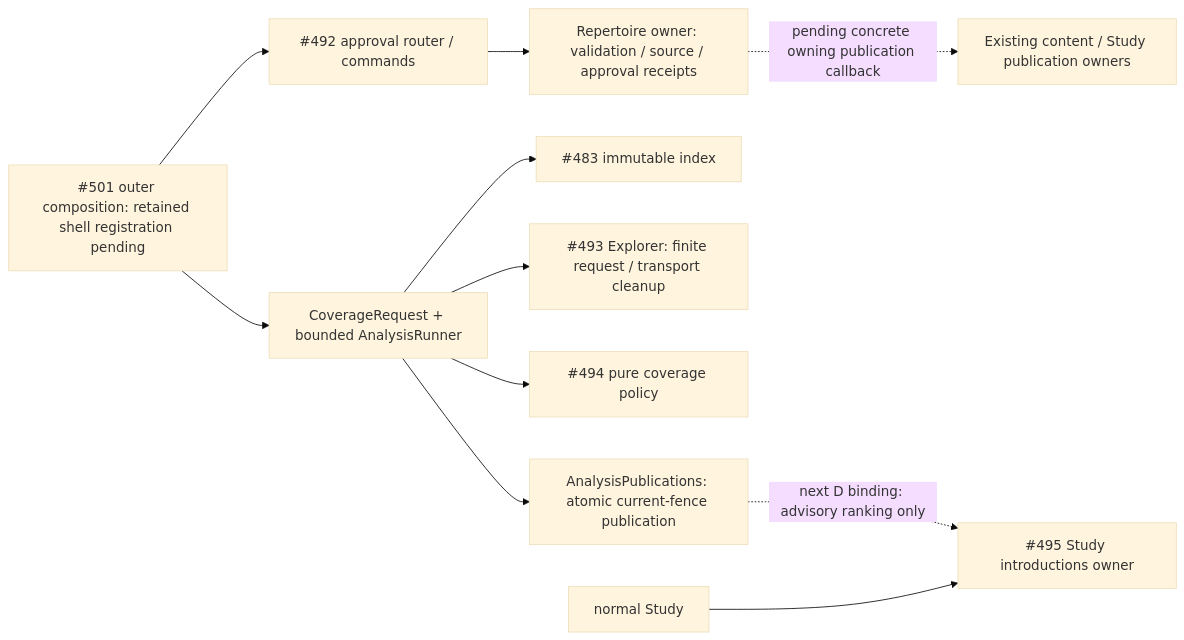
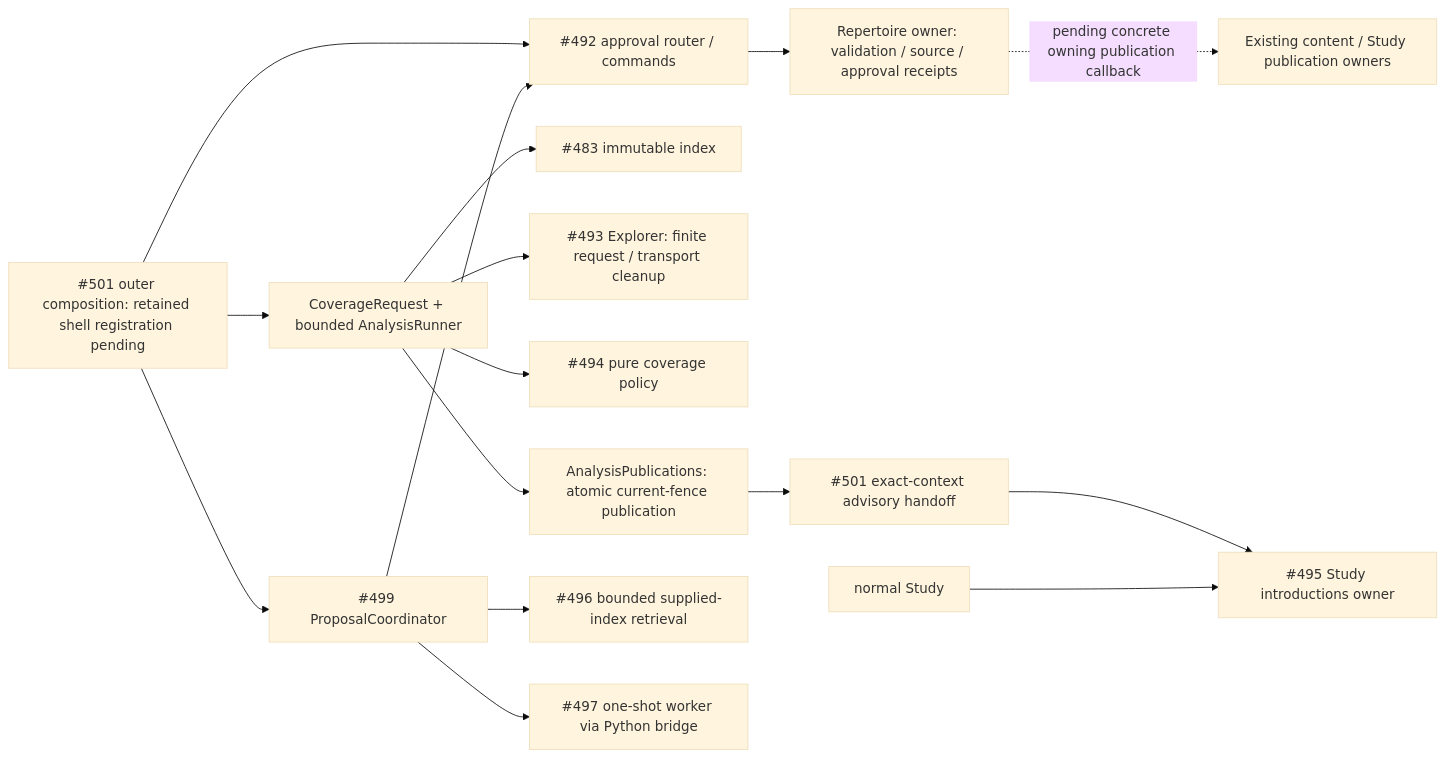
One commit to aaweaver-actuary/tempo changed the diagram in backend/app/analysis/jobs/README.md. Above: the diagram before and after it, drawn with Mermaid (base theme). The commit also changed other lines of this file and 6 other files, not shown here.

````diff
--- a/backend/app/analysis/jobs/README.md
+++ b/backend/app/analysis/jobs/README.md
@@ -64,13 +72,18 @@
 ```mermaid
 flowchart LR
   Root["#501 outer composition: retained shell registration pending"] --> C["#492 approval router / commands"]
   C --> Repertoire["Repertoire owner: validation / source / approval receipts"]
   Root --> Work["CoverageRequest + bounded AnalysisRunner"]
   Work --> Index["#483 immutable index"]
   Work --> Explorer["#493 Explorer: finite request / transport cleanup"]
   Work --> Ranking["#494 pure coverage policy"]
   Work --> Store["AnalysisPublications: atomic current-fence publication"]
-  Store -. "next D binding: advisory ranking only" .-> Intro["#495 Study introductions owner"]
+  Store --> Acceptance["#501 exact-context advisory handoff"]
+  Acceptance --> Intro["#495 Study introductions owner"]
   Study["normal Study"] --> Intro
   Repertoire -. "pending concrete owning publication callback" .-> Content["Existing content / Study publication owners"]
+  Root --> Repairs["#499 ProposalCoordinator"]
+  Repairs --> Similarity["#496 bounded supplied-index retrieval"]
+  Repairs --> Engine["#497 one-shot worker via Python bridge"]
+  Repairs --> C
 ```
````
